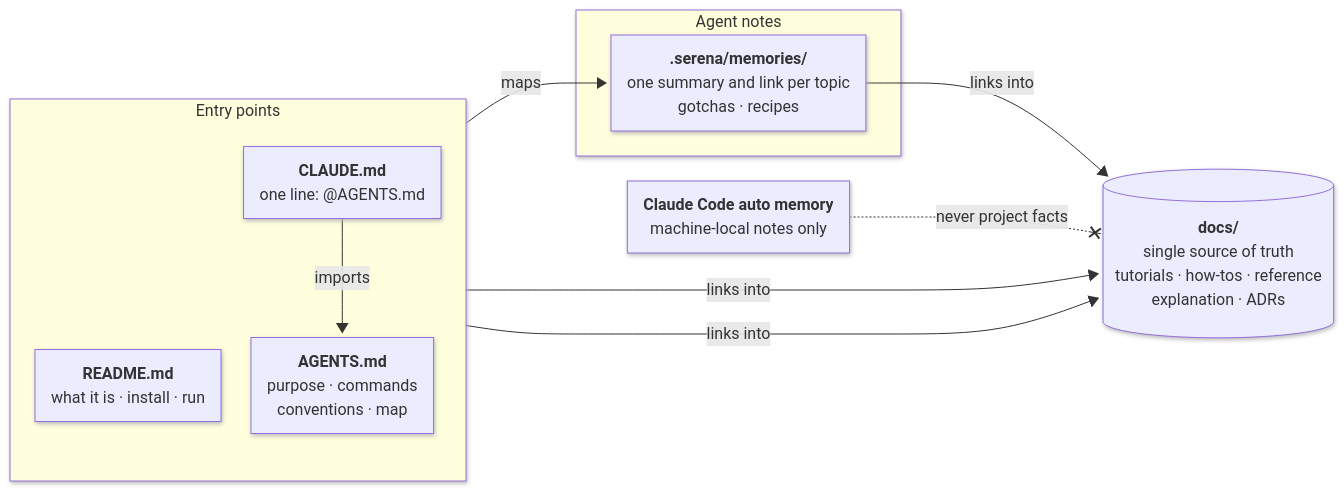
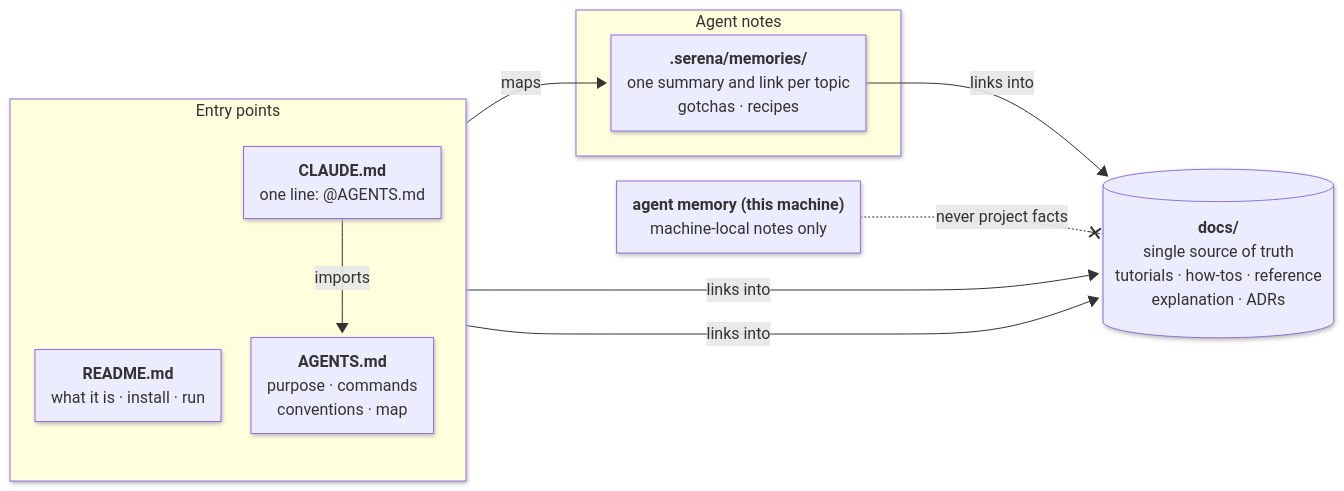
Before and after one commit to jonasyr/agent-loadout: the diagram in docs/diagrams/documentation-layers.mmd, drawn with Mermaid. The commit also changed 17 other files, not shown here.

Commit message:
docs(diagrams): show Codex next to Claude Code in the overview and the daily sync

```diff
--- a/docs/diagrams/documentation-layers.mmd
+++ b/docs/diagrams/documentation-layers.mmd
@@ -1,51 +1,51 @@
 ---
 config:
   look: neo
   flowchart:
     curve: basis
     nodeSpacing: 30
     rankSpacing: 70
     wrappingWidth: 320
 ---
 flowchart LR
   subgraph ENTRY["Entry points"]
     direction TB
     readme["`**README.md**
     what it is · install · run`"]
     claude["`**CLAUDE.md**
     one line: @AGENTS.md`"]
     agents["`**AGENTS.md**
     purpose · commands
     conventions · map`"]
   end
 
   subgraph NOTES["Agent notes"]
     memories["`**.serena/memories/**
     one summary and link per topic
     gotchas · recipes`"]
   end
 
   docs[("`**docs/**
   single source of truth
   tutorials · how-tos · reference
   explanation · ADRs`")]
 
-  auto["`**Claude Code auto memory**
+  auto["`**agent memory (this machine)**
   machine-local notes only`"]
 
   claude -- imports --> agents
   agents -- maps --> memories
   readme e2@-- links into --> docs
   agents e3@-- links into --> docs
   memories e4@-- links into --> docs
   auto e5@-. "never project facts" .-x docs
 
   class docs truth
   class readme,claude,agents entry
   class memories notes
   class auto local
   class ENTRY kitGroup
   class NOTES notesGroup
   class e2,e3,e4 truthLink
   class e5 muted
 %% palette
```
